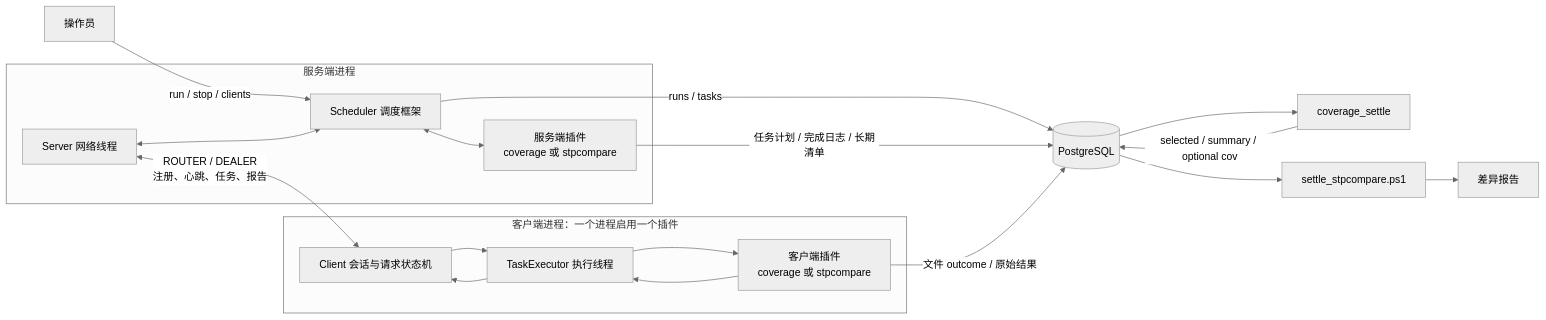
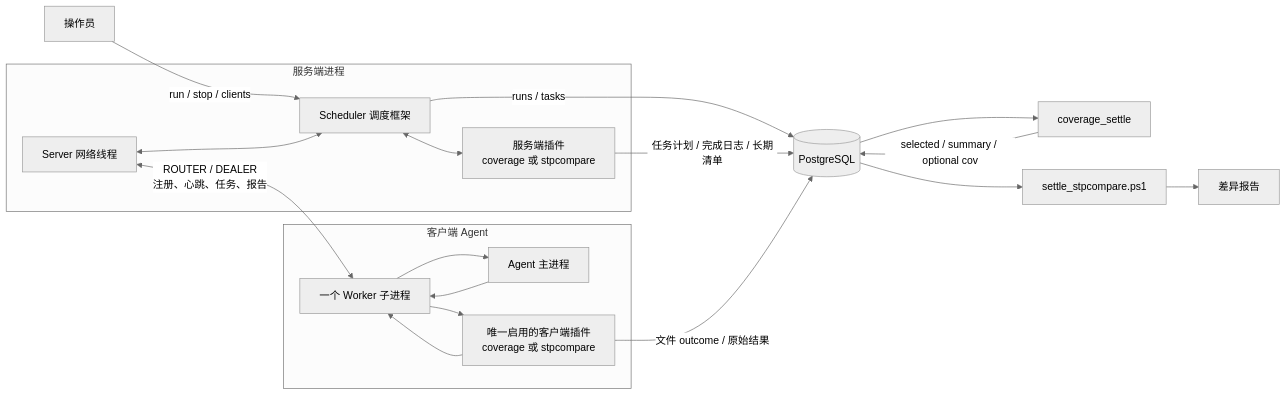
Before and after one commit to cuiyuexin428/TestTracking: the first of 8 diagrams in docs/设计说明.md, drawn with Mermaid (neutral theme). The commit also changed other lines of this file and 118 other files, not shown here.

````diff
--- a/docs/设计说明.md
+++ b/docs/设计说明.md
@@ -7,31 +7,31 @@
 ```mermaid
 flowchart LR
     O[操作员] -->|run / stop / clients| S
 
     subgraph Server[服务端进程]
         S[Scheduler 调度框架]
         N[Server 网络线程]
         SP[服务端插件<br/>coverage 或 stpcompare]
         N <--> S
         S <--> SP
     end
 
-    subgraph Worker[客户端进程：一个进程启用一个插件]
-        C[Client 会话与请求状态机]
-        E[TaskExecutor 执行线程]
-        CP[客户端插件<br/>coverage 或 stpcompare]
+    subgraph Worker[客户端 Agent]
+        C[Agent 主进程]
+        E[一个 Worker 子进程]
+        CP[唯一启用的客户端插件<br/>coverage 或 stpcompare]
         C --> E --> CP
         CP --> E --> C
     end
 
-    N <-->|ROUTER / DEALER<br/>注册、心跳、任务、报告| C
+    N <-->|ROUTER / DEALER<br/>注册、心跳、任务、报告| E
 
     S -->|runs / tasks| DB[(PostgreSQL)]
     SP -->|任务计划 / 完成日志 / 长期清单| DB
     CP -->|文件 outcome / 原始结果| DB
 
     DB --> CT[coverage_settle]
     DB --> ST[settle_stpcompare.ps1]
     CT -->|selected / summary / optional cov| DB
     ST --> R[差异报告]
 ```
````
